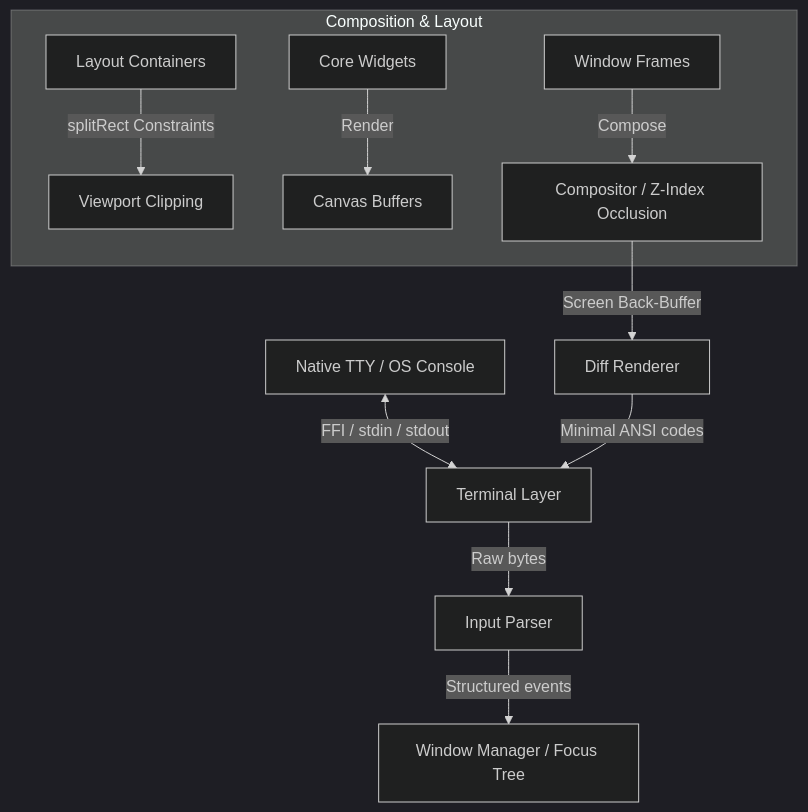
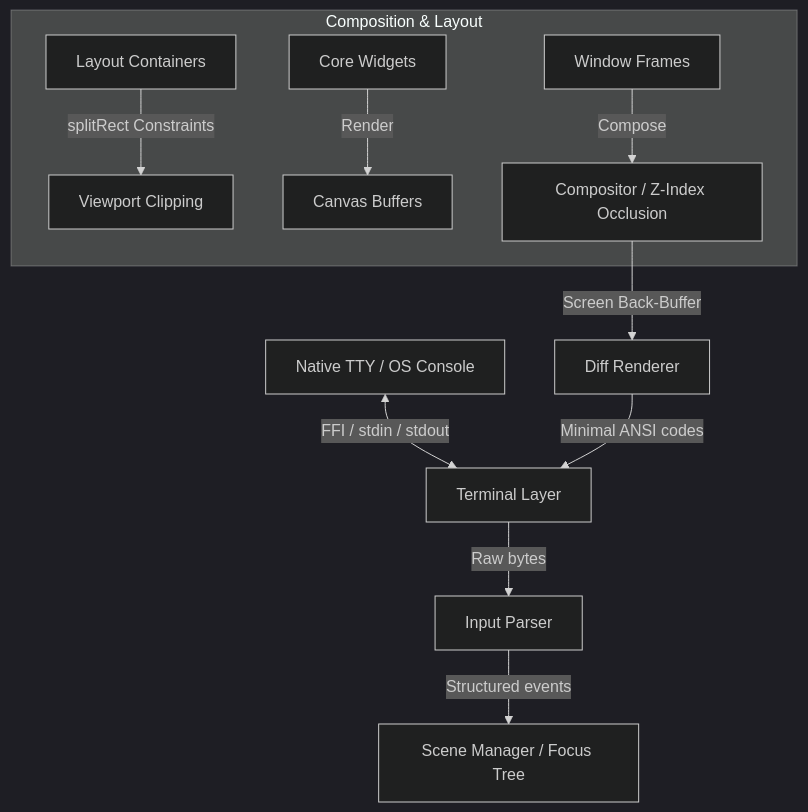
The diagram in AGENTS.md (jtmcdole/termui), drawn with Mermaid (dark theme) before and after one commit. The commit also changed 24 other files, not shown here.

First line of the commit message:
refactor(window)!: simplify windowing system and remove WindowManager

````diff
--- a/AGENTS.md
+++ b/AGENTS.md
@@ -38,15 +38,15 @@
 ```mermaid
 graph TD
   NativeTTY[Native TTY / OS Console] <--> |FFI / stdin / stdout| Terminal[Terminal Layer]
   Terminal --> |Raw bytes| InputParser[Input Parser]
-  InputParser --> |Structured events| WindowManager[Window Manager / Focus Tree]
+  InputParser --> |Structured events| SceneManager[Scene Manager / Focus Tree]
   
   subgraph Composition & Layout
     Column/Row/Stack[Layout Containers] -->|splitRect Constraints| Viewport[Viewport Clipping]
     Widgets[Core Widgets] -->|Render| Buffer[Canvas Buffers]
     Window[Window Frames] -->|Compose| Compositor[Compositor / Z-Index Occlusion]
   end
   
   Compositor -->|Screen Back-Buffer| Renderer[Diff Renderer]
   Renderer -->|Minimal ANSI codes| Terminal
 ```
````
